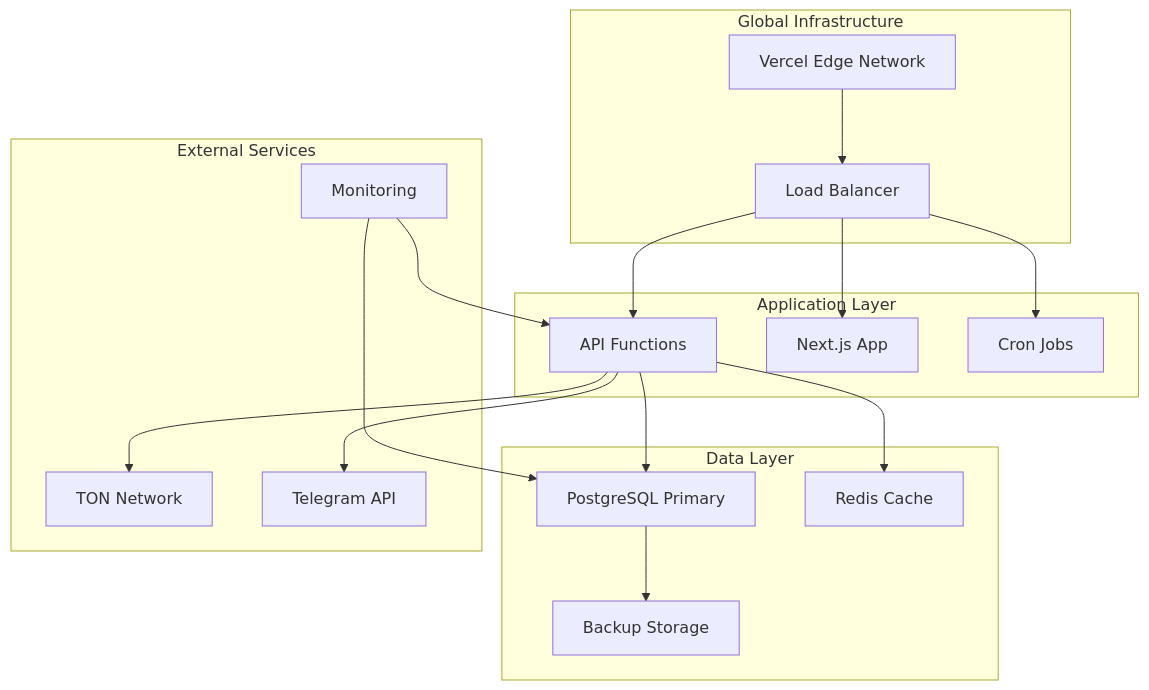
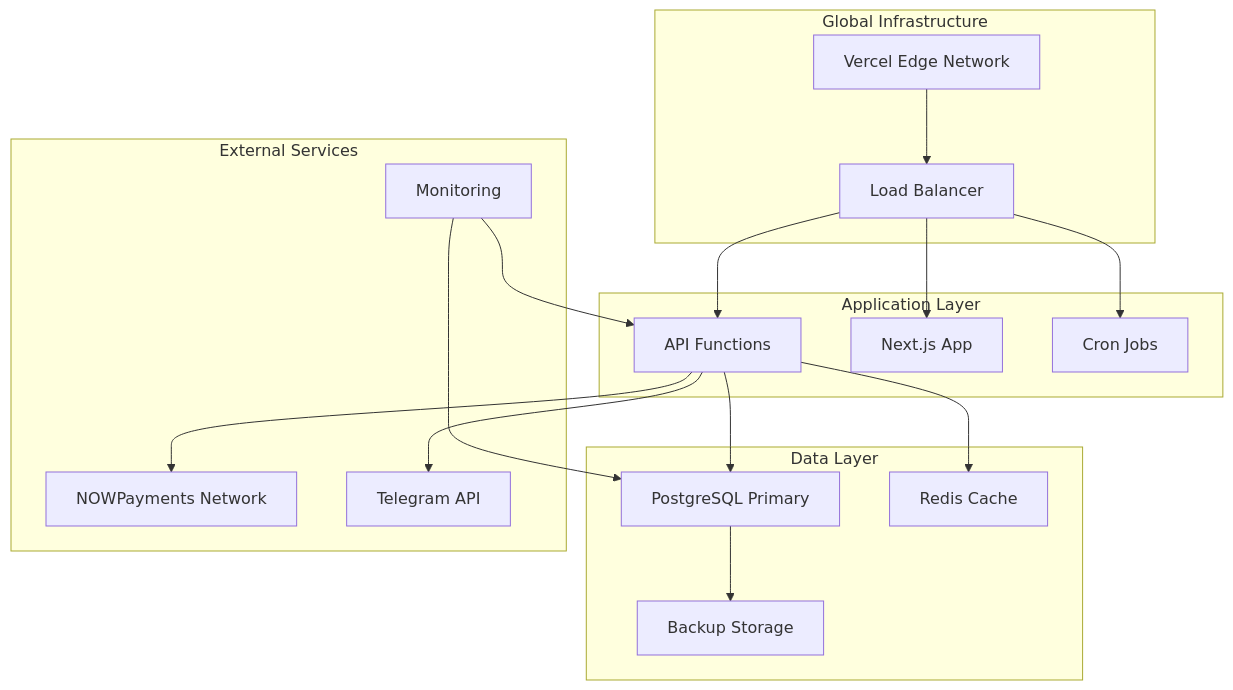
One commit to smitsergei/tma-subscription changed the diagram in Gitbook/technical/deployment.md. Above: the diagram before and after it, drawn with Mermaid. The commit also changed other lines of this file and 12 other files, not shown here.

````diff
--- a/Gitbook/technical/deployment.md
+++ b/Gitbook/technical/deployment.md
@@ -13,37 +13,37 @@
 ```mermaid
 graph TB
     subgraph "Global Infrastructure"
         CDN[Vercel Edge Network]
         LB[Load Balancer]
     end
 
     subgraph "Application Layer"
         API[API Functions]
         APP[Next.js App]
         CRON[Cron Jobs]
     end
 
     subgraph "Data Layer"
         DB[PostgreSQL Primary]
         REDIS[Redis Cache]
         BACKUP[Backup Storage]
     end
 
     subgraph "External Services"
-        TON[TON Network]
+        NOWPayments[NOWPayments Network]
         TELEGRAM[Telegram API]
         MONITORING[Monitoring]
     end
 
     CDN --> LB
     LB --> API
     LB --> APP
     LB --> CRON
     API --> DB
     API --> REDIS
     DB --> BACKUP
-    API --> TON
+    API --> NOWPayments
     API --> TELEGRAM
     MONITORING --> API
     MONITORING --> DB
 ```
````
